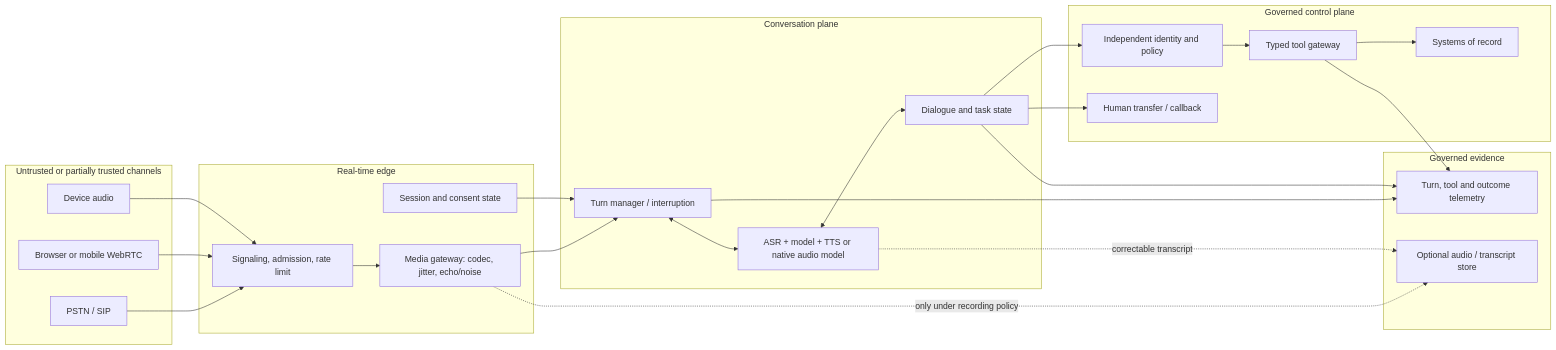
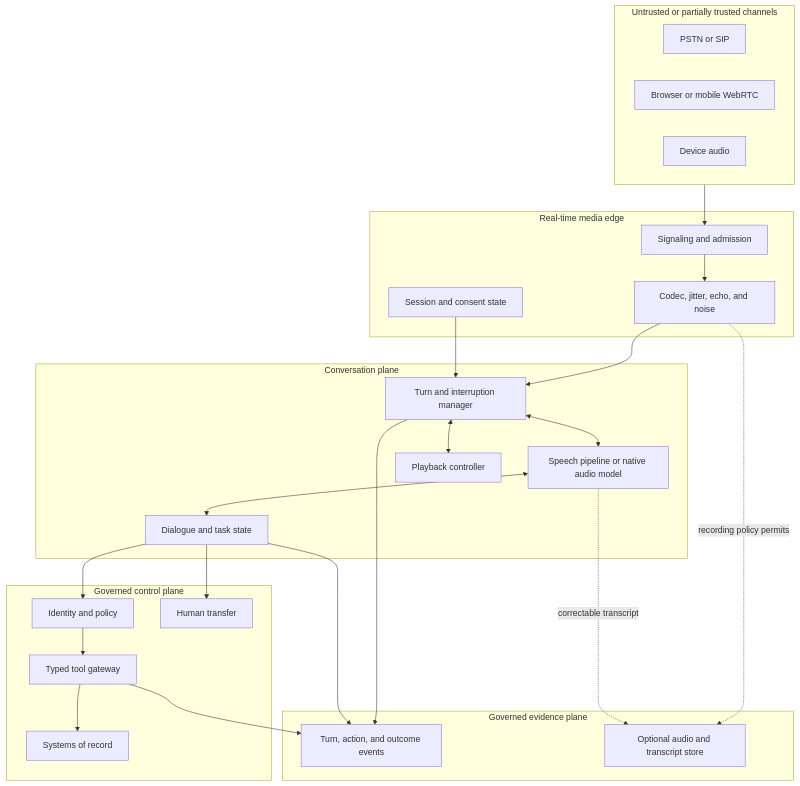
The second of 7 diagrams in docs/10-reference-architectures/06-voice-agent.md (anothernoise/sa-ai), drawn with Mermaid before and after one commit. The commit also changed other lines of this file and 8 other files, not shown here.

Commit message:
Improve Mermaid rendering and voice architecture

````diff
--- a/docs/10-reference-architectures/06-voice-agent.md
+++ b/docs/10-reference-architectures/06-voice-agent.md
@@ -55,47 +82,49 @@
 ```mermaid
-flowchart LR
-    subgraph Channels["Untrusted or partially trusted channels"]
-        PSTN["PSTN / SIP"]
+flowchart TB
+    accTitle: Production voice agent trust boundaries
+    accDescr: Untrusted voice channels enter a real-time media edge, then a conversation plane; governed identity, policy, tools, records, and evidence remain separate.
+
+    subgraph CH["Untrusted or partially trusted channels"]
+        PSTN["PSTN or SIP"]
         RTC["Browser or mobile WebRTC"]
         DEV["Device audio"]
     end
 
-    subgraph Edge["Real-time edge"]
-        SIG["Signaling, admission, rate limit"]
-        MED["Media gateway: codec, jitter, echo/noise"]
-        SES["Session and consent state"]
+    subgraph EDGE["Real-time media edge"]
+        ADMIT["Signaling and admission"]
+        MEDIA["Codec, jitter, echo, and noise"]
+        SESSION["Session and consent state"]
     end
 
-    subgraph Conversation["Conversation plane"]
-        TURN["Turn manager / interruption"]
-        SPEECH["ASR + model + TTS or native audio model"]
-        DIALOG["Dialogue and task state"]
+    subgraph CONV["Conversation plane"]
+        TURN["Turn and interruption manager"]
+        MODEL["Speech pipeline or native audio model"]
+        TASK["Dialogue and task state"]
+        PLAY["Playback controller"]
     end
 
-    subgraph Control["Governed control plane"]
-        ID["Independent identity and policy"]
+    subgraph CTRL["Governed control plane"]
+        POLICY["Identity and policy"]
         TOOLS["Typed tool gateway"]
-        SYS["Systems of record"]
-        HUMAN["Human transfer / callback"]
+        RECORD["Systems of record"]
+        HUMAN["Human transfer"]
     end
 
-    subgraph Evidence["Governed evidence"]
-        TRACE["Turn, tool and outcome telemetry"]
-        AUDIO["Optional audio / transcript store"]
+    subgraph EVID["Governed evidence plane"]
+        TRACE["Turn, action, and outcome events"]
+        STORE["Optional audio and transcript store"]
     end
 
-    PSTN --> SIG
-    RTC --> SIG
-    DEV --> SIG
-    SIG --> MED --> TURN
-    SES --> TURN
-    TURN <--> SPEECH
-    SPEECH <--> DIALOG
-    DIALOG --> ID --> TOOLS --> SYS
-    DIALOG --> HUMAN
+    CH --> ADMIT --> MEDIA --> TURN
+    SESSION --> TURN
+    TURN <--> MODEL
+    TURN <--> PLAY
+    MODEL <--> TASK
+    TASK --> POLICY --> TOOLS --> RECORD
+    TASK --> HUMAN
     TURN --> TRACE
-    DIALOG --> TRACE
+    TASK --> TRACE
     TOOLS --> TRACE
-    MED -. "only under recording policy" .-> AUDIO
-    SPEECH -. "correctable transcript" .-> AUDIO
+    MEDIA -. "recording policy permits" .-> STORE
+    MODEL -. "correctable transcript" .-> STORE
 ```
````
